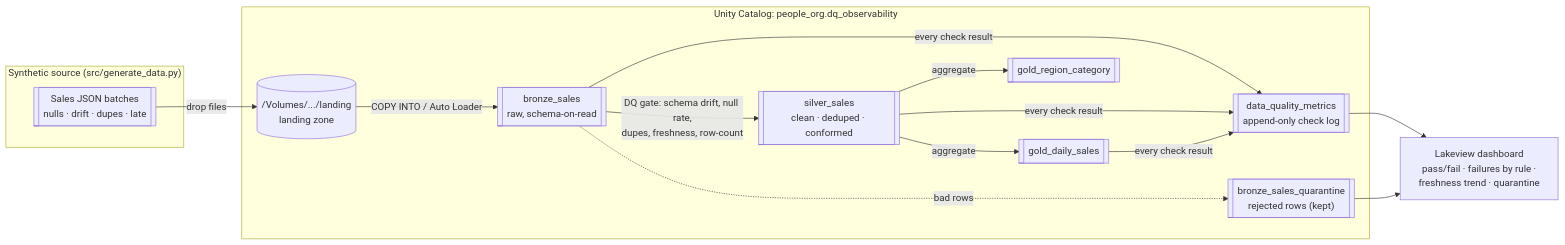
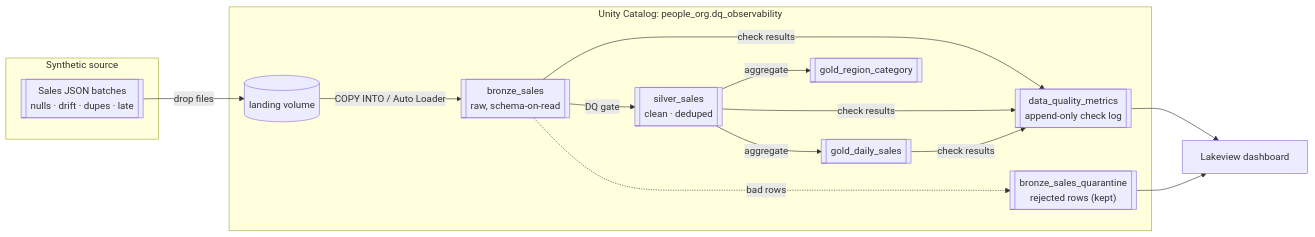
The diagram in README.md (ash-codess/Data-Quality-Observability-Framework), drawn with Mermaid before and after one commit. The commit also changed other lines of this file, not shown here.

````diff
--- a/README.md
+++ b/README.md
@@ -20,28 +25,28 @@
 ```mermaid
 flowchart LR
-    subgraph gen["Synthetic source (src/generate_data.py)"]
+    subgraph gen["Synthetic source"]
         G[["Sales JSON batches<br/>nulls · drift · dupes · late"]]
     end
 
     subgraph uc["Unity Catalog: people_org.dq_observability"]
-        V[("/Volumes/.../landing<br/>landing zone")]
+        V[("landing volume")]
         B[["bronze_sales<br/>raw, schema-on-read"]]
         Q[["bronze_sales_quarantine<br/>rejected rows (kept)"]]
-        S[["silver_sales<br/>clean · deduped · conformed"]]
+        S[["silver_sales<br/>clean · deduped"]]
         GD[["gold_daily_sales"]]
         GR[["gold_region_category"]]
         M[["data_quality_metrics<br/>append-only check log"]]
     end
 
-    DASH["Lakeview dashboard<br/>pass/fail · failures by rule ·<br/>freshness trend · quarantine"]
+    DASH["Lakeview dashboard"]
 
     G -->|drop files| V
     V -->|COPY INTO / Auto Loader| B
-    B -->|DQ gate: schema drift, null rate,<br/>dupes, freshness, row-count| S
+    B -->|DQ gate| S
     B -.->|bad rows| Q
     S -->|aggregate| GD
     S -->|aggregate| GR
-    B & S & GD -->|every check result| M
+    B & S & GD -->|check results| M
     M --> DASH
     Q --> DASH
 ```
````
